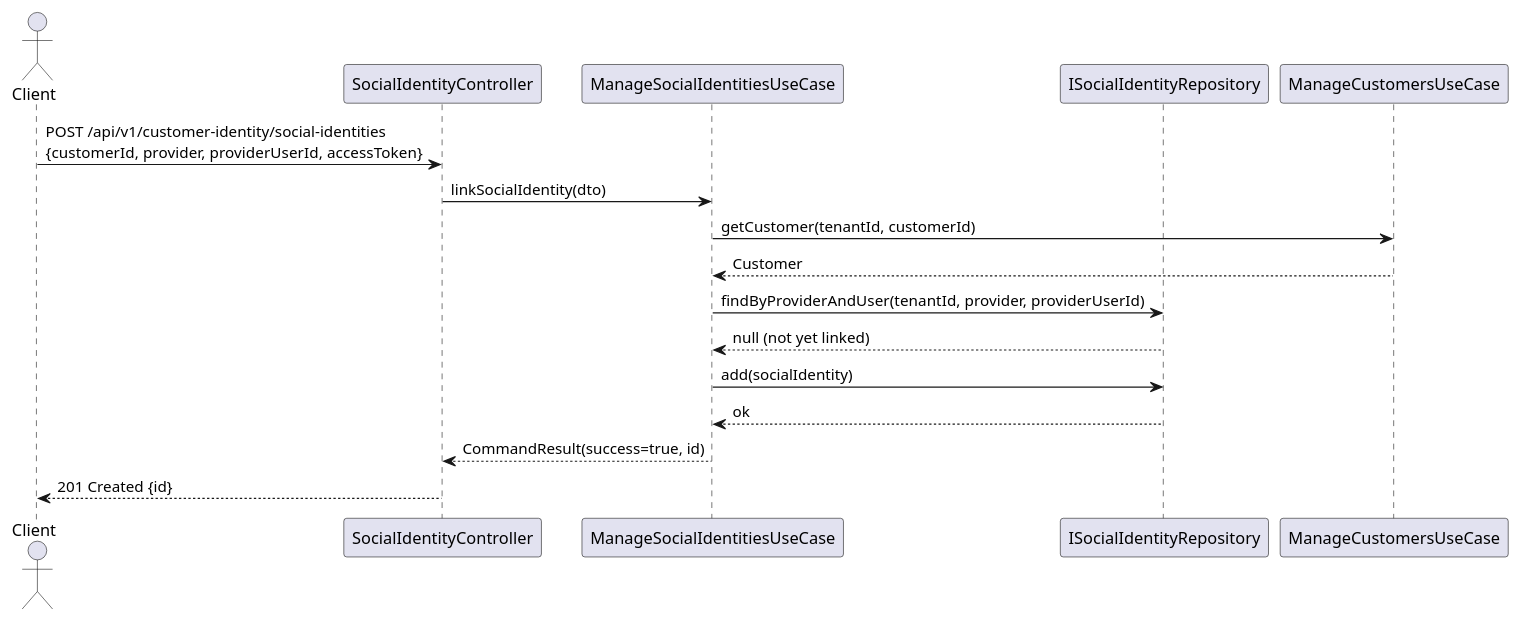
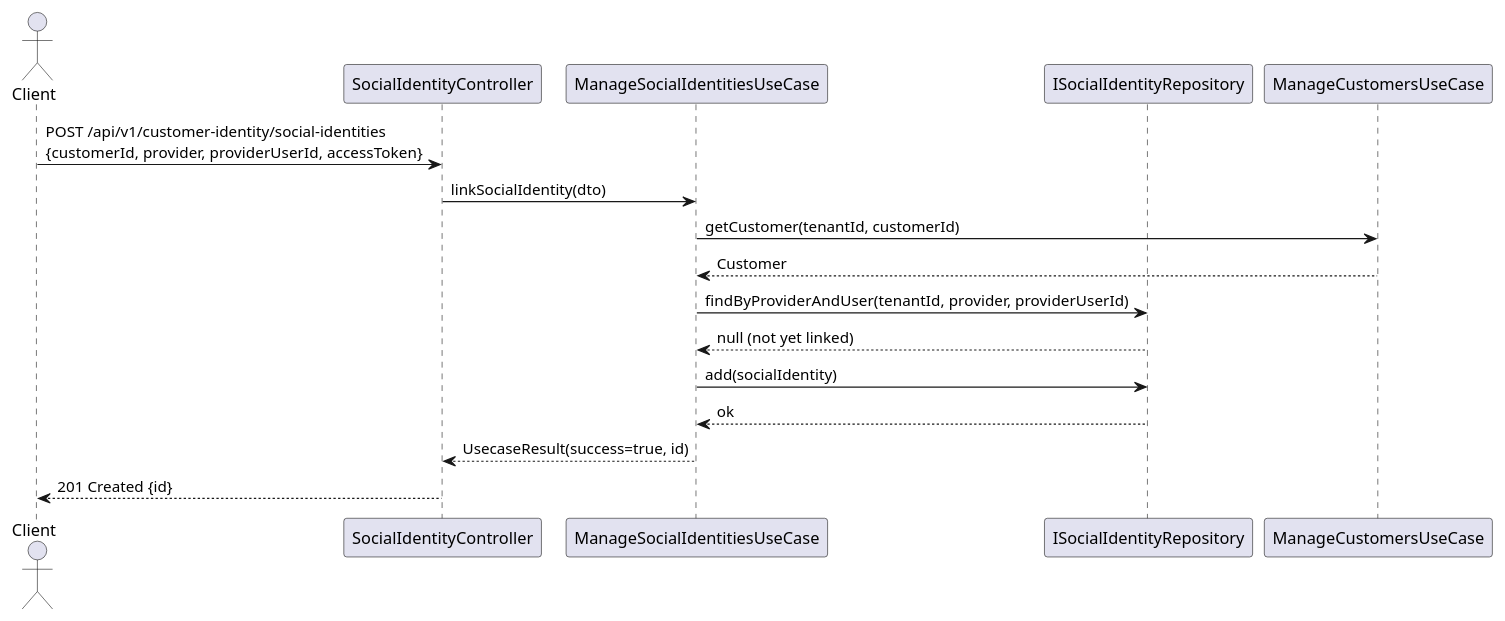
One commit to UIMSolutions/uim-platform changed the third of 5 diagrams in customer-identity/UML.md. Above: the diagram before and after it, drawn with PlantUML. The commit also changed other lines of this file and 907 other files, not shown here.

Commit message:
Rename CommandResult

````diff
--- a/customer-identity/UML.md
+++ b/customer-identity/UML.md
@@ -183,22 +183,22 @@
 ```plantuml
 @startuml SocialLogin_Flow
 
 actor Client
 participant "SocialIdentityController" as SIC
 participant "ManageSocialIdentitiesUseCase" as UC
 participant "ISocialIdentityRepository" as Repo
 participant "ManageCustomersUseCase" as CUC
 
 Client -> SIC : POST /api/v1/customer-identity/social-identities\n{customerId, provider, providerUserId, accessToken}
 SIC -> UC : linkSocialIdentity(dto)
 UC -> CUC : getCustomer(tenantId, customerId)
 CUC --> UC : Customer
 UC -> Repo : findByProviderAndUser(tenantId, provider, providerUserId)
 Repo --> UC : null (not yet linked)
 UC -> Repo : add(socialIdentity)
 Repo --> UC : ok
-UC --> SIC : CommandResult(success=true, id)
+UC --> SIC : UsecaseResult(success=true, id)
 SIC --> Client : 201 Created {id}
 
 @enduml
 ```
````
